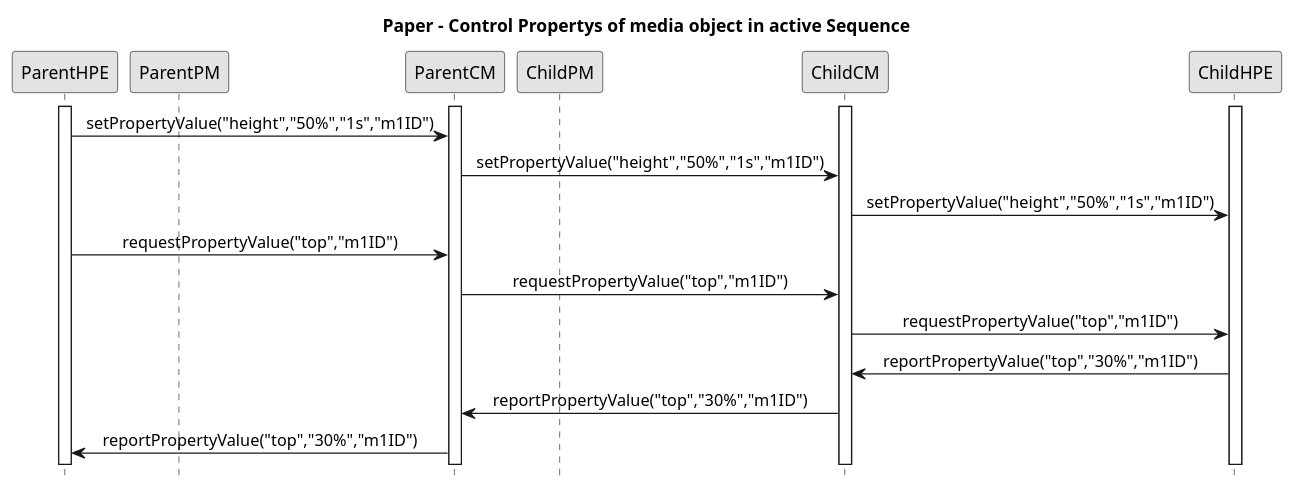
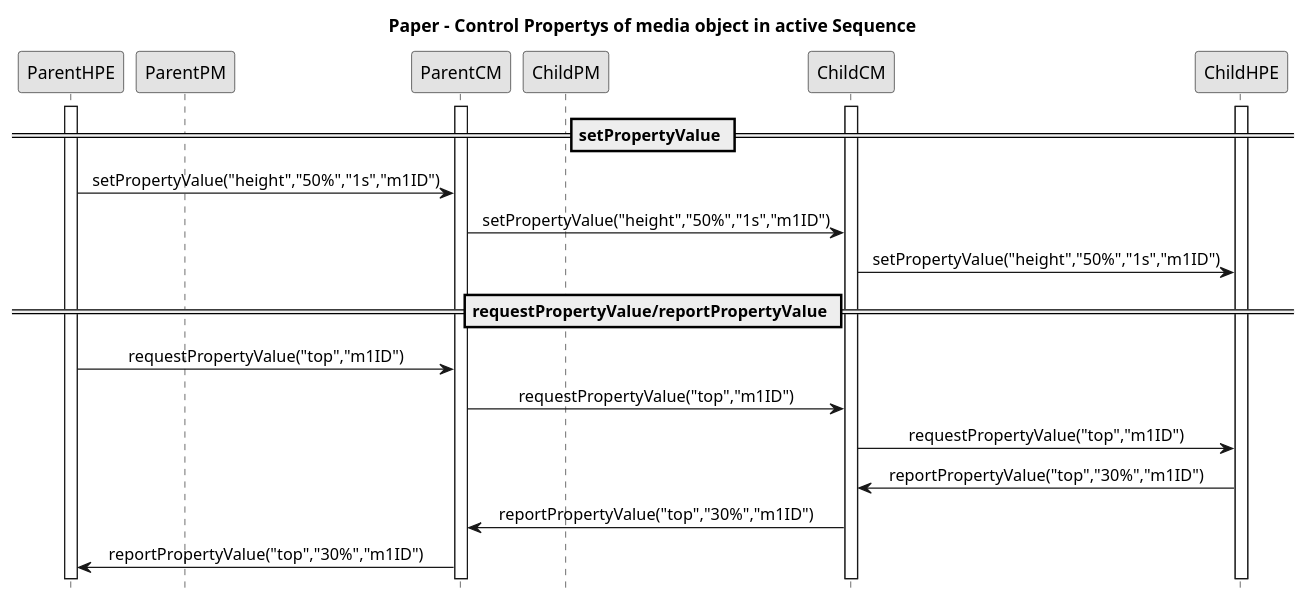
The diagram in sequence4.plantuml (alanlivio/fsmda), drawn with PlantUML before and after one commit. The commit also changed other lines of this file and 7 other files, not shown here.

```diff
--- a/sequence4.plantuml
+++ b/sequence4.plantuml
@@ -2,30 +2,32 @@
 @startuml
 hide footbox
 skinparam monochrome true
 skinparam sequenceMessageAlign center
 
 participant ParentHPE
 participant ParentPM
 participant ParentCM
 participant ChildPM
 participant ChildCM
 participant ChildHPE
 
-'====================Paper - Control Propertys of media object in active Sequence====================
+''''''''''''''''''Paper - Control Propertys of media object in active Sequence'''''''''''''''''
 title Paper - Control Propertys of media object in active Sequence
 activate ParentHPE
 activate ParentCM
 activate ChildCM
 activate ChildHPE
+== setPropertyValue ==
 ParentHPE->ParentCM: setPropertyValue("height","50%","1s","m1ID")
 ParentCM->ChildCM: setPropertyValue("height","50%","1s","m1ID")
 ChildCM->ChildHPE: setPropertyValue("height","50%","1s","m1ID")
+== requestPropertyValue/reportPropertyValue ==
 ParentHPE->ParentCM: requestPropertyValue("top","m1ID")
 ParentCM->ChildCM: requestPropertyValue("top","m1ID")
 ChildCM->ChildHPE: requestPropertyValue("top","m1ID")
 ChildHPE->ChildCM: reportPropertyValue("top","30%","m1ID")
 ChildCM->ParentCM: reportPropertyValue("top","30%","m1ID")
 ParentCM->ParentHPE: reportPropertyValue("top","30%","m1ID")
 
-'====================Ending PLANTUML params====================
+''''''''''''''''''Ending PLANTUML params'''''''''''''''''
 @enduml
```
